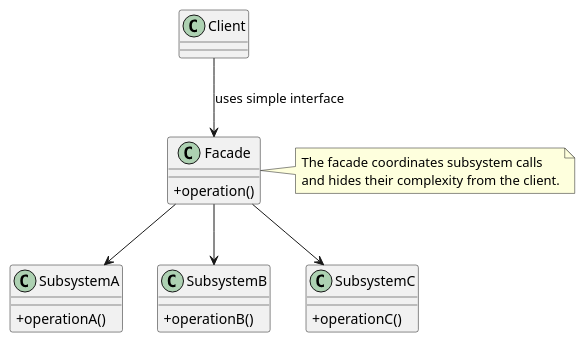
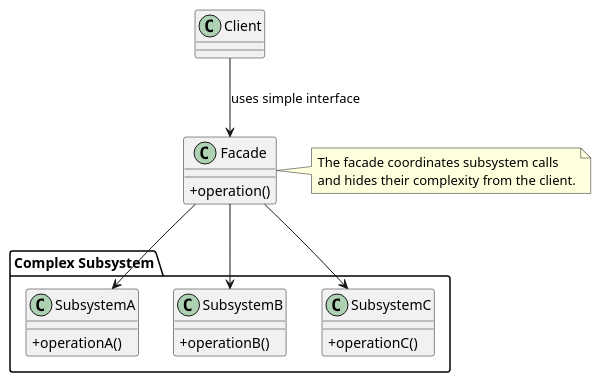
The diagram in docs/software_design_report/diagrams/puml/facade_template.puml (ASHRAF-2004/Machine-Learning-Based-System-for-Cardiopulmonary-Sound-Separation), drawn with PlantUML before and after one commit. The commit also changed 20 other files, not shown here.

Commit message:
Polish software design report structure and diagrams

```diff
--- a/docs/software_design_report/diagrams/puml/facade_template.puml
+++ b/docs/software_design_report/diagrams/puml/facade_template.puml
@@ -1,36 +1,38 @@
 @startuml
 ' Facade Pattern template diagram.
 ' Suggested LaTeX placement: normal page.
 
 skinparam classAttributeIconSize 0
 skinparam shadowing false
 
 class Client
 
 class Facade {
   +operation()
 }
 
-class SubsystemA {
-  +operationA()
-}
+package "Complex Subsystem" {
+  class SubsystemA {
+    +operationA()
+  }
 
-class SubsystemB {
-  +operationB()
-}
+  class SubsystemB {
+    +operationB()
+  }
 
-class SubsystemC {
-  +operationC()
+  class SubsystemC {
+    +operationC()
+  }
 }
 
 Client --> Facade : uses simple interface
 Facade --> SubsystemA
 Facade --> SubsystemB
 Facade --> SubsystemC
 
 note right of Facade
   The facade coordinates subsystem calls
   and hides their complexity from the client.
 end note
 
 @enduml
```
